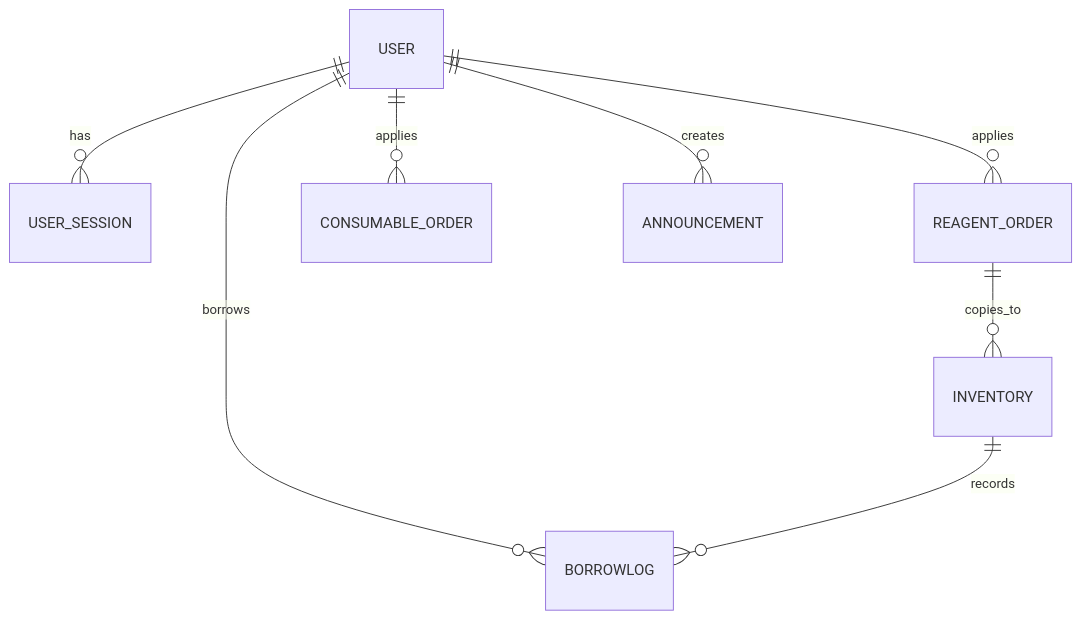
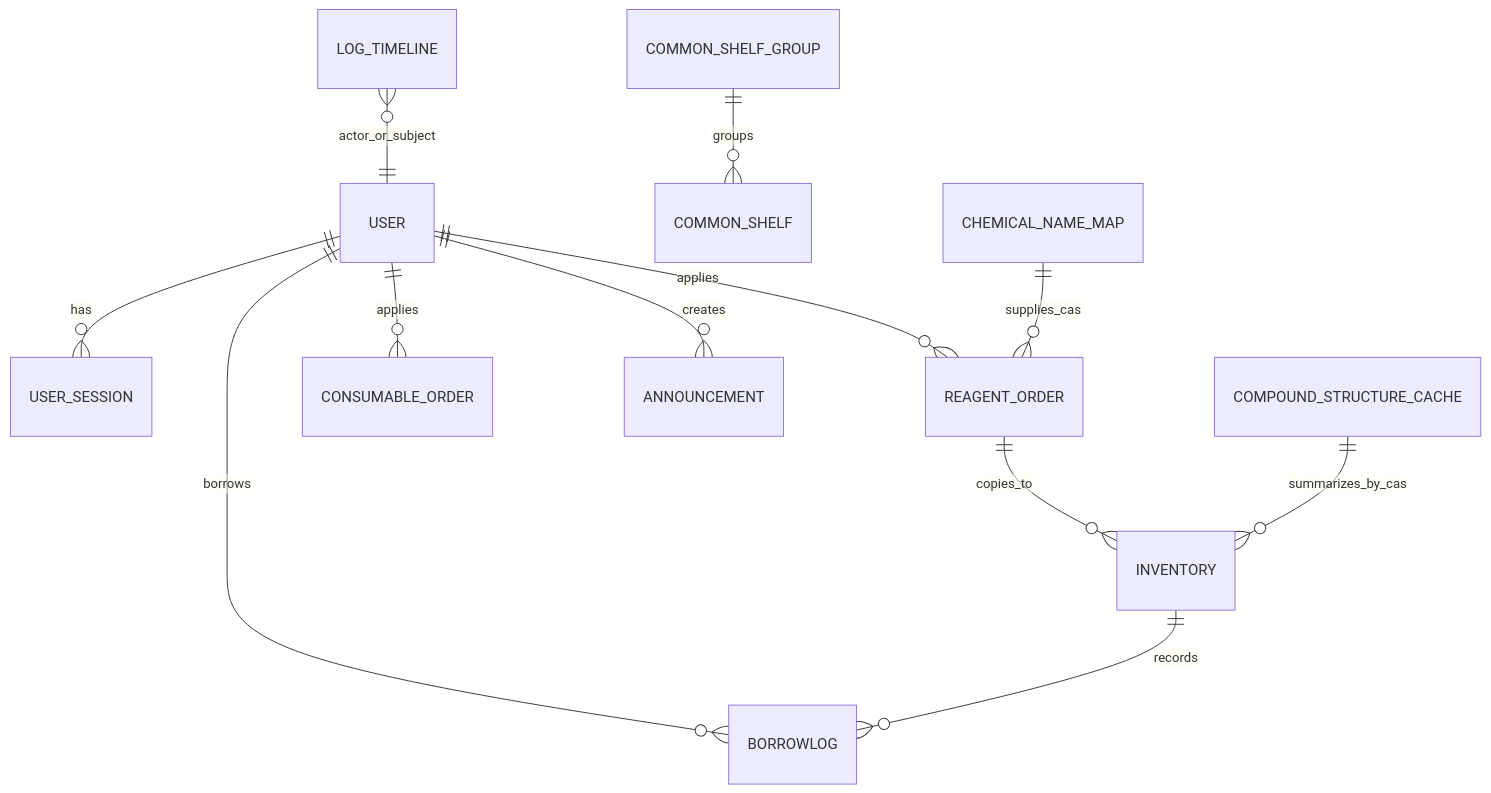
One commit to hzb666/LabStorageManager changed the diagram in wiki/database/data-model.md. Above: the diagram before and after it, drawn with Mermaid. The commit also changed other lines of this file and 298 other files, not shown here.

````diff
--- a/wiki/database/data-model.md
+++ b/wiki/database/data-model.md
@@ -27,10 +55,14 @@
 ```mermaid
 erDiagram
     USER ||--o{ USER_SESSION : has
     USER ||--o{ REAGENT_ORDER : applies
     USER ||--o{ CONSUMABLE_ORDER : applies
     USER ||--o{ BORROWLOG : borrows
     USER ||--o{ ANNOUNCEMENT : creates
     REAGENT_ORDER ||--o{ INVENTORY : copies_to
     INVENTORY ||--o{ BORROWLOG : records
+    COMMON_SHELF_GROUP ||--o{ COMMON_SHELF : groups
+    CHEMICAL_NAME_MAP ||--o{ REAGENT_ORDER : supplies_cas
+    COMPOUND_STRUCTURE_CACHE ||--o{ INVENTORY : summarizes_by_cas
+    LOG_TIMELINE }o--|| USER : actor_or_subject
 ```
````
